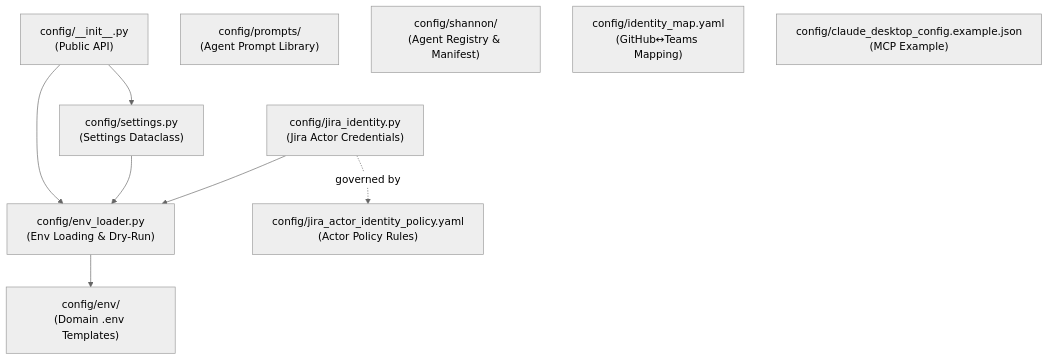
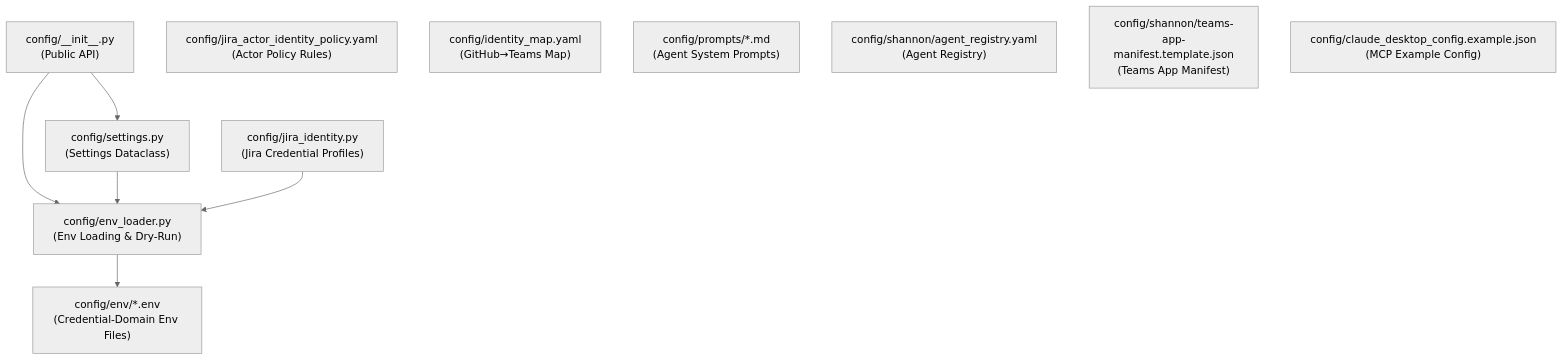
One commit to jmac-cornelis/agent-workforce changed the first of 4 diagrams in docs/config.md. Above: the diagram before and after it, drawn with Mermaid (neutral theme). The commit also changed other lines of this file and 8 other files, not shown here.

````diff
--- a/docs/config.md
+++ b/docs/config.md
@@ -34,15 +25,15 @@
 ```mermaid
 graph TD
     A["config/__init__.py<br/>(Public API)"] --> B["config/env_loader.py<br/>(Env Loading & Dry-Run)"]
     A --> C["config/settings.py<br/>(Settings Dataclass)"]
     C --> B
-    D["config/jira_identity.py<br/>(Jira Actor Credentials)"] --> B
-    E["config/env/<br/>(Domain .env Templates)"]
+    D["config/jira_identity.py<br/>(Jira Credential Profiles)"] --> B
+    E["config/env/*.env<br/>(Credential-Domain Env Files)"]
     B --> E
     F["config/jira_actor_identity_policy.yaml<br/>(Actor Policy Rules)"]
-    D -.->|"governed by"| F
-    G["config/prompts/<br/>(Agent Prompt Library)"]
-    H["config/shannon/<br/>(Agent Registry & Manifest)"]
-    I["config/identity_map.yaml<br/>(GitHub↔Teams Mapping)"]
-    J["config/claude_desktop_config.example.json<br/>(MCP Example)"]
+    G["config/identity_map.yaml<br/>(GitHub→Teams Map)"]
+    H["config/prompts/*.md<br/>(Agent System Prompts)"]
+    I["config/shannon/agent_registry.yaml<br/>(Agent Registry)"]
+    J["config/shannon/teams-app-manifest.template.json<br/>(Teams App Manifest)"]
+    K["config/claude_desktop_config.example.json<br/>(MCP Example Config)"]
 ```
````
